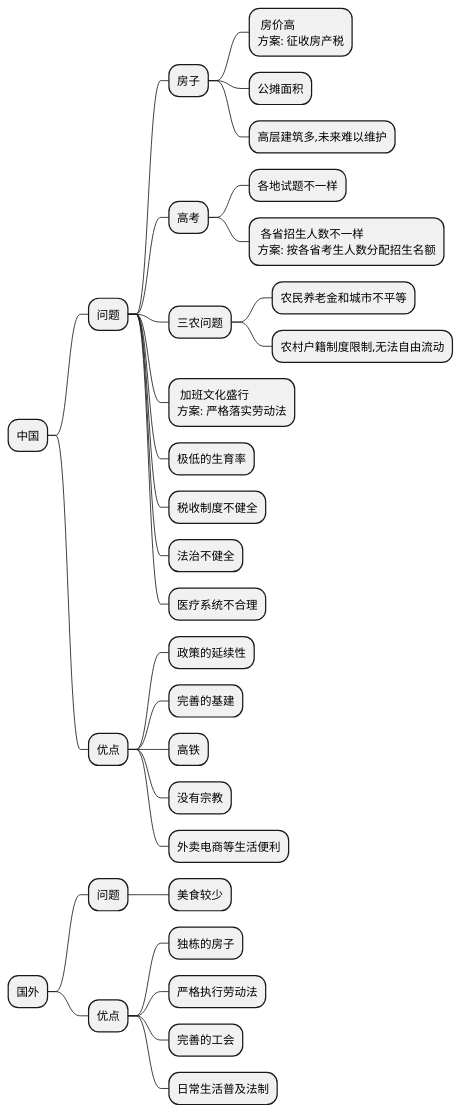
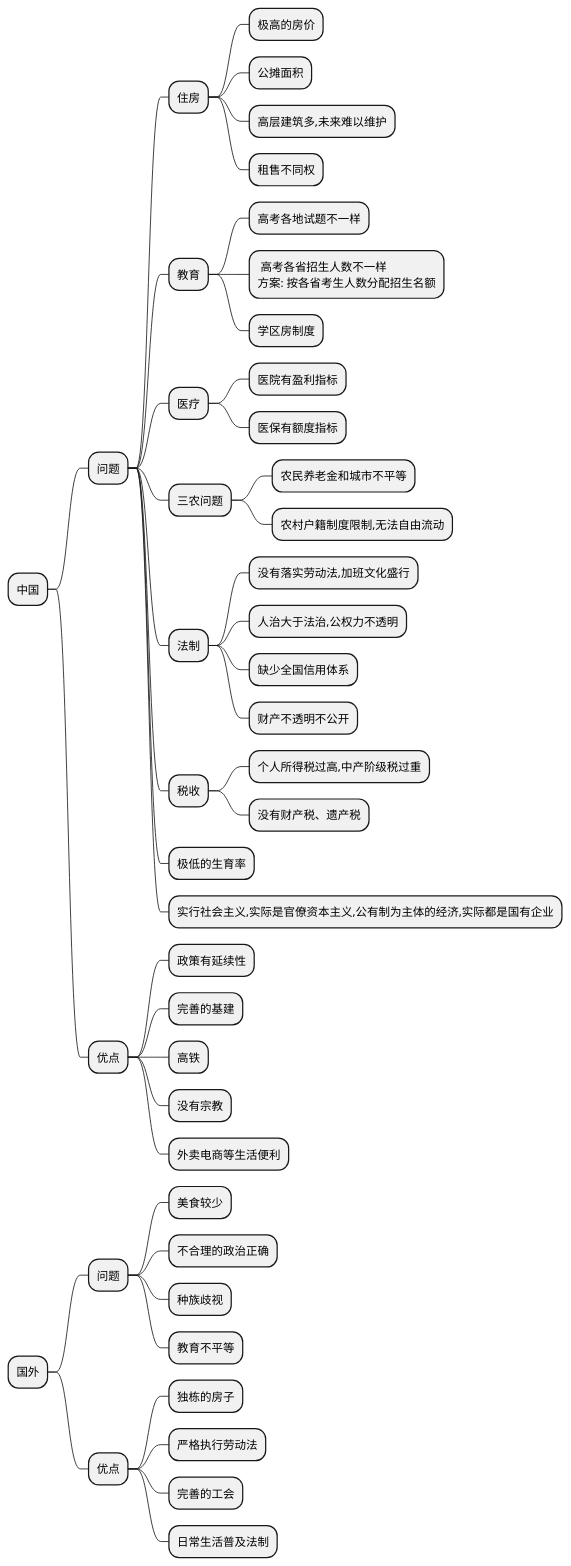
Before and after one commit to Huang2070/alpha-centauri-c: the diagram in E·思考-know_myself/中国社会.plantuml, drawn with PlantUML. The commit also changed 1 other file, not shown here.

```diff
--- a/E·思考-know_myself/中国社会.plantuml
+++ b/E·思考-know_myself/中国社会.plantuml
@@ -1,46 +1,62 @@
 @startmindmap 中国
 * 中国
 ** 问题
 
-*** 房子
-****: 房价高
-方案: 征收房产税;
+*** 住房
+**** 极高的房价
 **** 公摊面积
 **** 高层建筑多,未来难以维护
+**** 租售不同权
 
-*** 高考
-**** 各地试题不一样
-****: 各省招生人数不一样
+*** 教育
+**** 高考各地试题不一样
+****: 高考各省招生人数不一样
 方案: 按各省考生人数分配招生名额;
+**** 学区房制度
+
+*** 医疗
+**** 医院有盈利指标
+**** 医保有额度指标
 
 *** 三农问题
 **** 农民养老金和城市不平等
 **** 农村户籍制度限制,无法自由流动
 
-***: 加班文化盛行
-方案: 严格落实劳动法;
+*** 法制
+**** 没有落实劳动法,加班文化盛行
+**** 人治大于法治,公权力不透明
+**** 缺少全国信用体系
+**** 财产不透明不公开
+
+*** 税收
+**** 个人所得税过高,中产阶级税过重
+**** 没有财产税、遗产税
+
 
 *** 极低的生育率
-*** 税收制度不健全
-*** 法治不健全
-*** 医疗系统不合理
+*** 实行社会主义,实际是官僚资本主义,公有制为主体的经济,实际都是国有企业
 
 
 ** 优点
-*** 政策的延续性
+*** 政策有延续性
 *** 完善的基建
 *** 高铁
 *** 没有宗教
 *** 外卖电商等生活便利
 
 
+
 * 国外
 ** 问题
 *** 美食较少
+*** 不合理的政治正确
+*** 种族歧视
+*** 教育不平等
+
 
 ** 优点
 *** 独栋的房子
 *** 严格执行劳动法
 *** 完善的工会
 *** 日常生活普及法制
 @endmindmap
```
